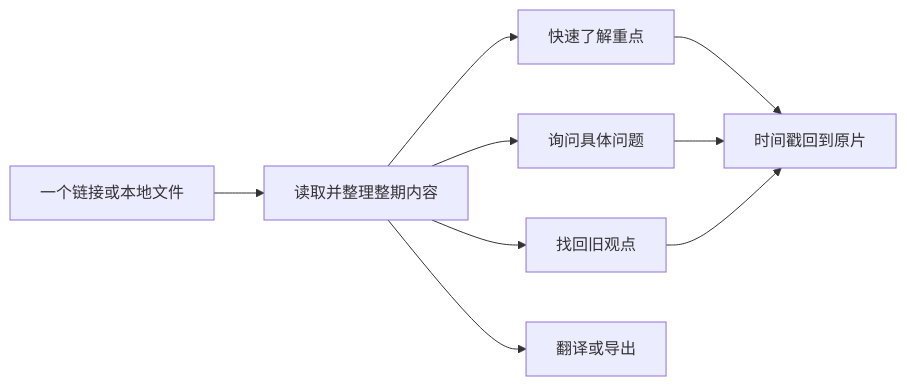
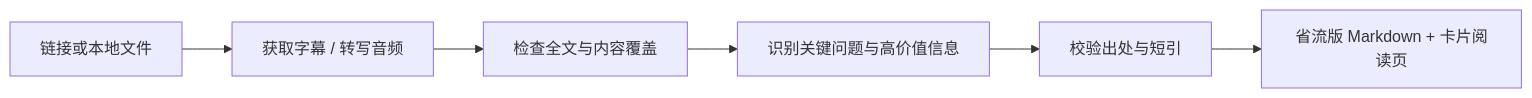
Before and after one commit to Fangx-AI/podcast-reader: the diagram in README.md, drawn with Mermaid. The commit also changed other lines of this file and 27 other files, not shown here.

````diff
--- a/README.md
+++ b/README.md
@@ -101,11 +115,8 @@
-~~~mermaid
+```mermaid
 flowchart LR
-    A[一个链接或本地文件] --> B[读取并整理整期内容]
-    B --> C[快速了解重点]
-    B --> D[询问具体问题]
-    B --> E[找回旧观点]
-    B --> F[翻译或导出]
-    C --> G[时间戳回到原片]
-    D --> G
-    E --> G
-~~~
+    A[链接或本地文件] --> B[获取字幕 / 转写音频]
+    B --> C[检查全文与内容覆盖]
+    C --> D[识别关键问题与高价值信息]
+    D --> E[校验出处与短引]
+    E --> F[省流版 Markdown + 卡片阅读页]
+```
````
